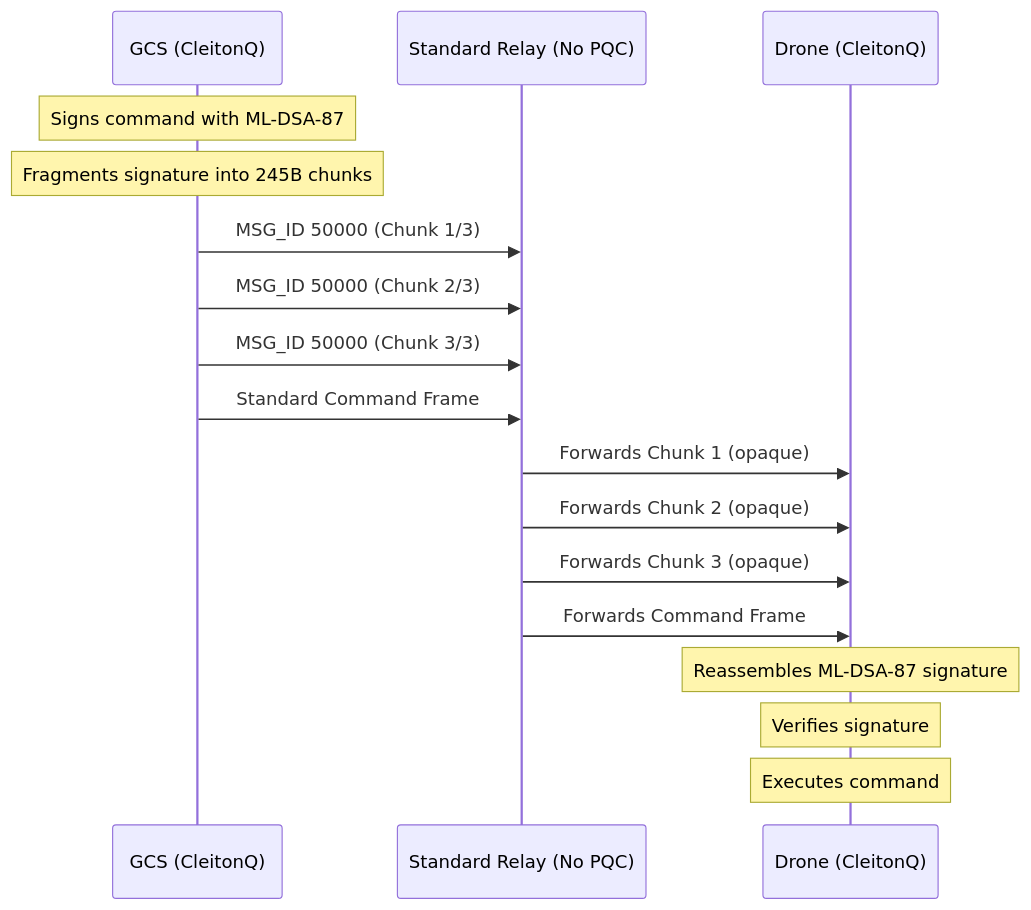
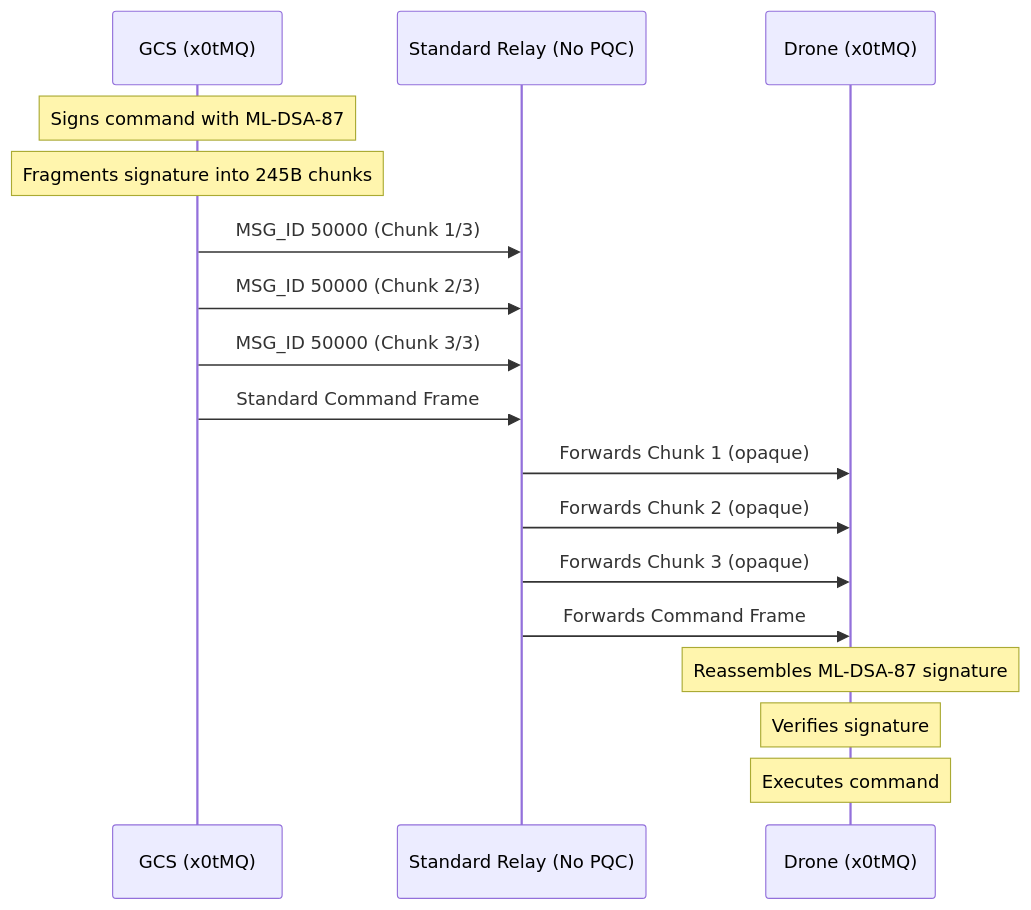
One commit to x0tta6bl4-ai/x0tta6bl4 changed the diagram in docs/cleitonq/README.md. Above: the diagram before and after it, drawn with Mermaid. The commit also changed other lines of this file and 11 other files, not shown here.

````diff
--- a/docs/cleitonq/README.md
+++ b/docs/cleitonq/README.md
@@ -24,20 +24,20 @@
 ```mermaid
 sequenceDiagram
-    participant GCS as GCS (CleitonQ)
+    participant GCS as GCS (x0tMQ)
     participant Relay as Standard Relay (No PQC)
-    participant UAV as Drone (CleitonQ)
+    participant UAV as Drone (x0tMQ)
 
     Note over GCS: Signs command with ML-DSA-87
     Note over GCS: Fragments signature into 245B chunks
     GCS->>Relay: MSG_ID 50000 (Chunk 1/3)
     GCS->>Relay: MSG_ID 50000 (Chunk 2/3)
     GCS->>Relay: MSG_ID 50000 (Chunk 3/3)
     GCS->>Relay: Standard Command Frame
     Relay->>UAV: Forwards Chunk 1 (opaque)
     Relay->>UAV: Forwards Chunk 2 (opaque)
     Relay->>UAV: Forwards Chunk 3 (opaque)
     Relay->>UAV: Forwards Command Frame
     Note over UAV: Reassembles ML-DSA-87 signature
     Note over UAV: Verifies signature
     Note over UAV: Executes command
 ```
````
